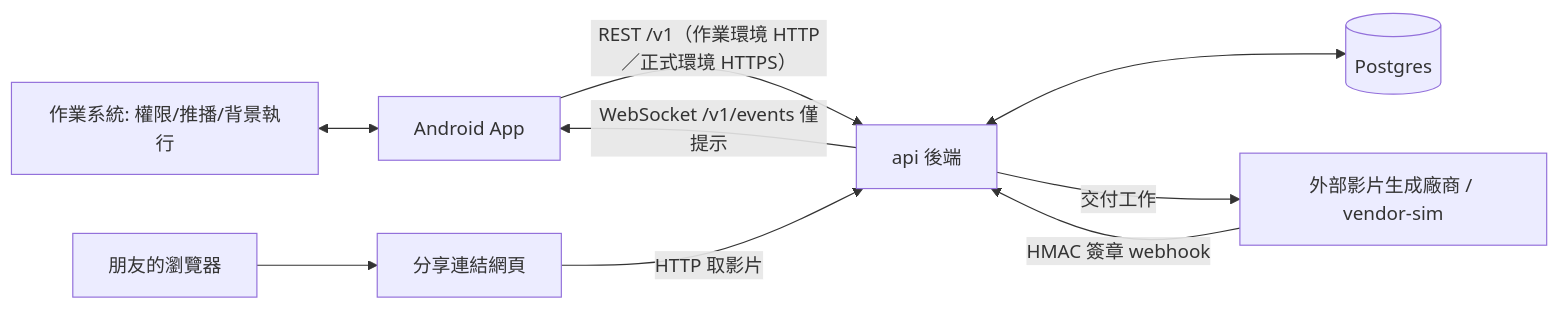
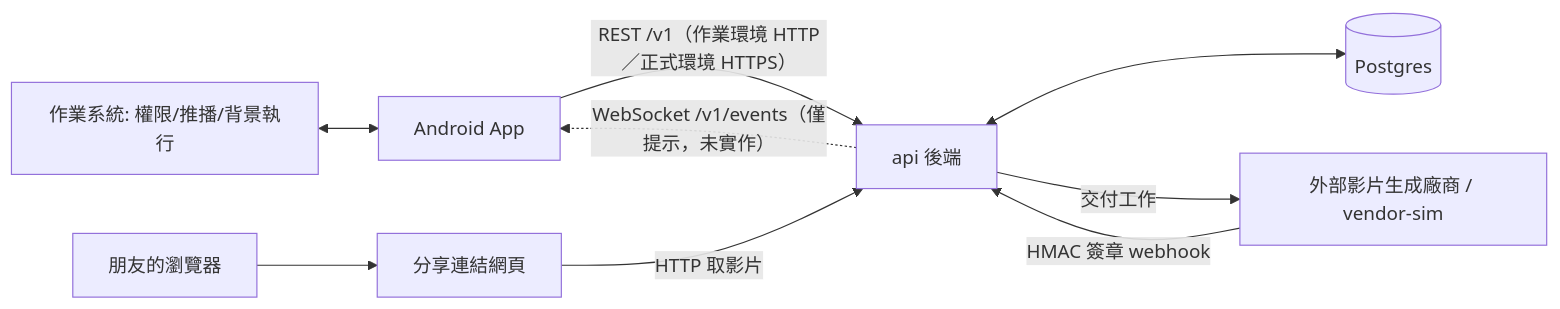
One commit to jay41chen/cameo changed the first of 4 diagrams in ARCHITECTURE.md. Above: the diagram before and after it, drawn with Mermaid. The commit also changed other lines of this file, not shown here.

First line of the commit message:
docs: add sequence, layering, and state diagrams to the architecture doc

````diff
--- a/ARCHITECTURE.md
+++ b/ARCHITECTURE.md
@@ -21,11 +21,11 @@
 ```mermaid
 flowchart LR
   OS[作業系統: 權限/推播/背景執行] <--> App[Android App]
   App -- "REST /v1（作業環境 HTTP／正式環境 HTTPS）" --> API[api 後端]
-  API -- "WebSocket /v1/events 僅提示" --> App
+  API -. "WebSocket /v1/events（僅提示，未實作）" .-> App
   API <--> DB[(Postgres)]
   API -- "交付工作" --> Vendor[外部影片生成廠商 / vendor-sim]
   Vendor -- "HMAC 簽章 webhook" --> API
   Web[分享連結網頁] -- "HTTP 取影片" --> API
   Friend[朋友的瀏覽器] --> Web
 ```
````
